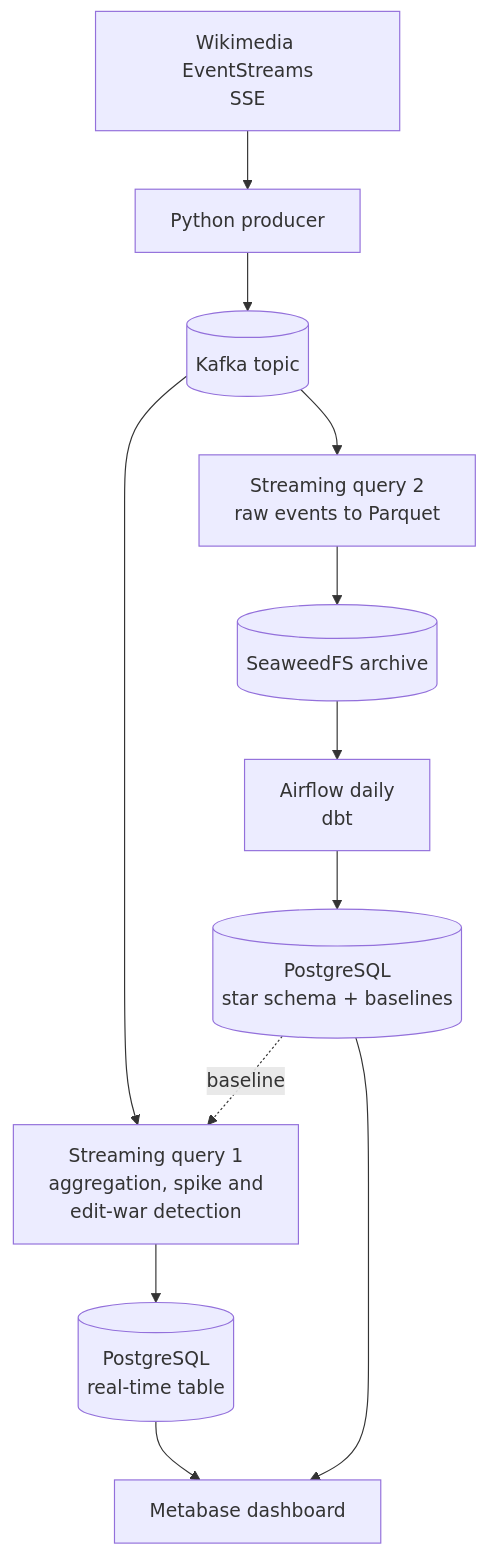
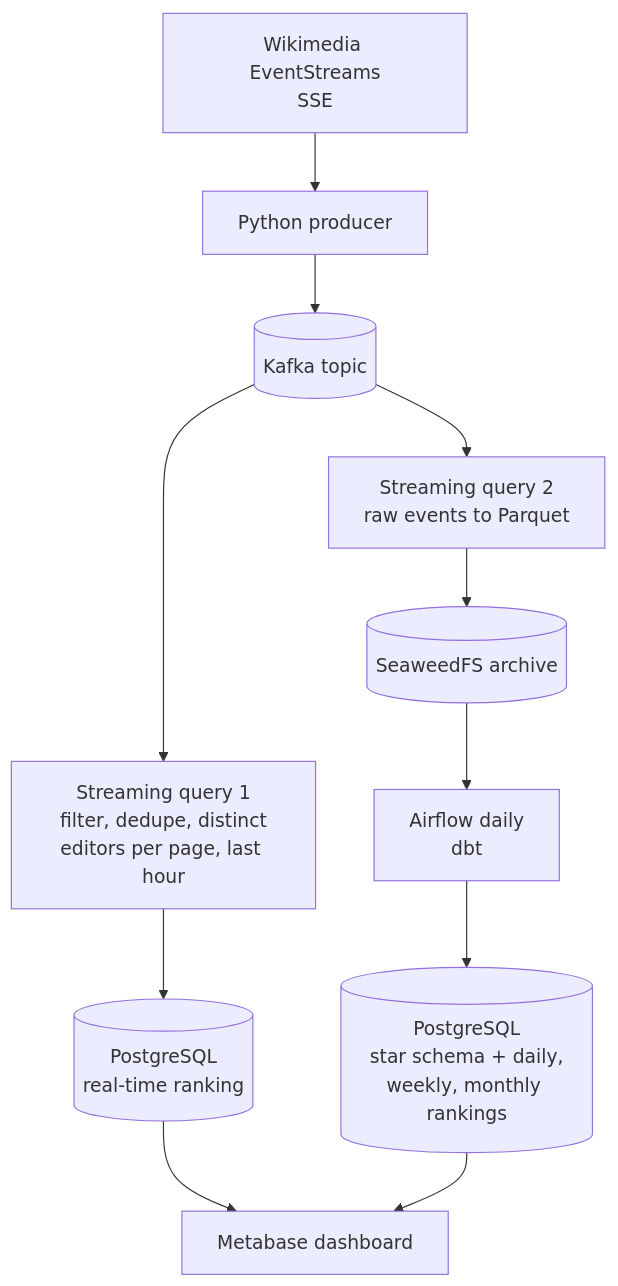
The first of 2 diagrams in README.md (nghiax32/WikiHeatmap), drawn with Mermaid before and after one commit. The commit also changed other lines of this file, not shown here.

First line of the commit message:
Simplify project scope in README to rankings by distinct editors

````diff
--- a/README.md
+++ b/README.md
@@ -37,14 +27,13 @@
 ```mermaid
 flowchart TD
     A[Wikimedia EventStreams<br/>SSE] --> B[Python producer]
     B --> C[(Kafka topic)]
-    C --> D[Streaming query 1<br/>aggregation, spike and<br/>edit-war detection]
+    C --> D[Streaming query 1<br/>filter, dedupe, distinct<br/>editors per page, last hour]
     C --> E[Streaming query 2<br/>raw events to Parquet]
-    D --> F[(PostgreSQL<br/>real-time table)]
+    D --> F[(PostgreSQL<br/>real-time ranking)]
     E --> G[(SeaweedFS archive)]
     G --> H[Airflow daily<br/>dbt]
-    H --> I[(PostgreSQL<br/>star schema + baselines)]
-    I -. baseline .-> D
+    H --> I[(PostgreSQL<br/>star schema + daily,<br/>weekly, monthly rankings)]
     F --> J[Metabase dashboard]
     I --> J
 ```
````
